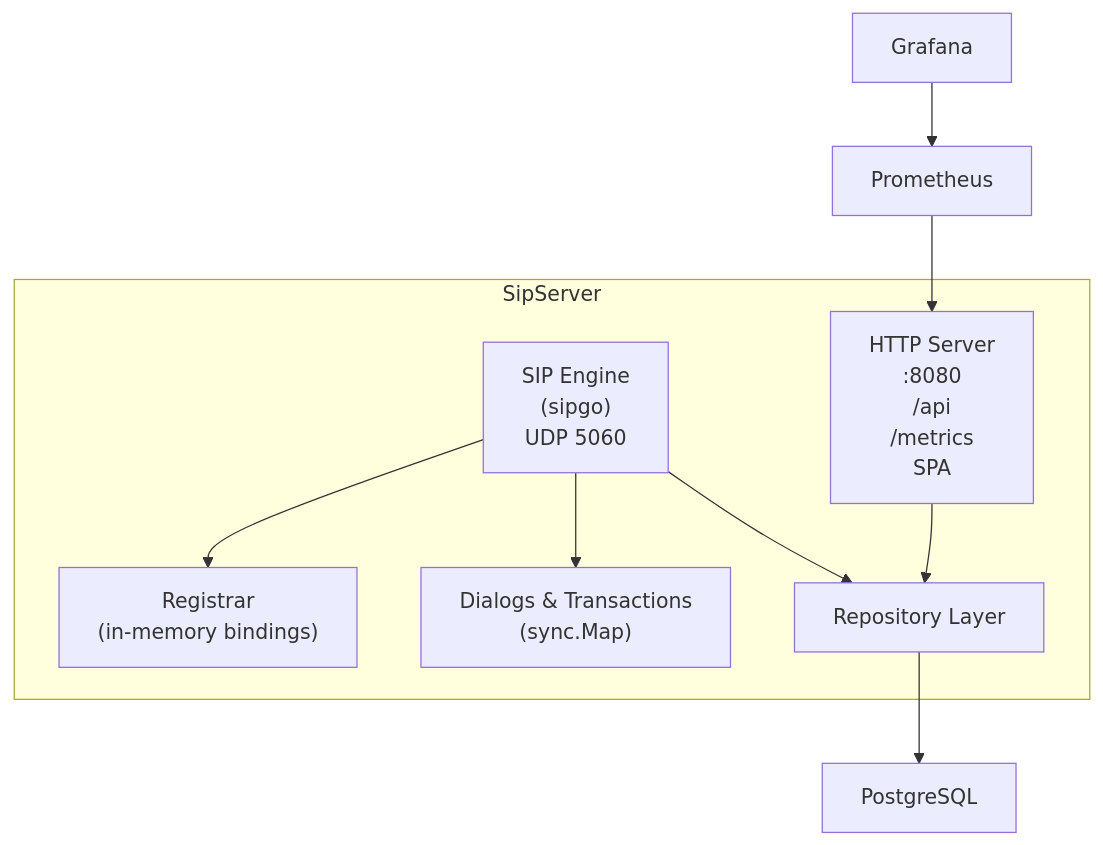
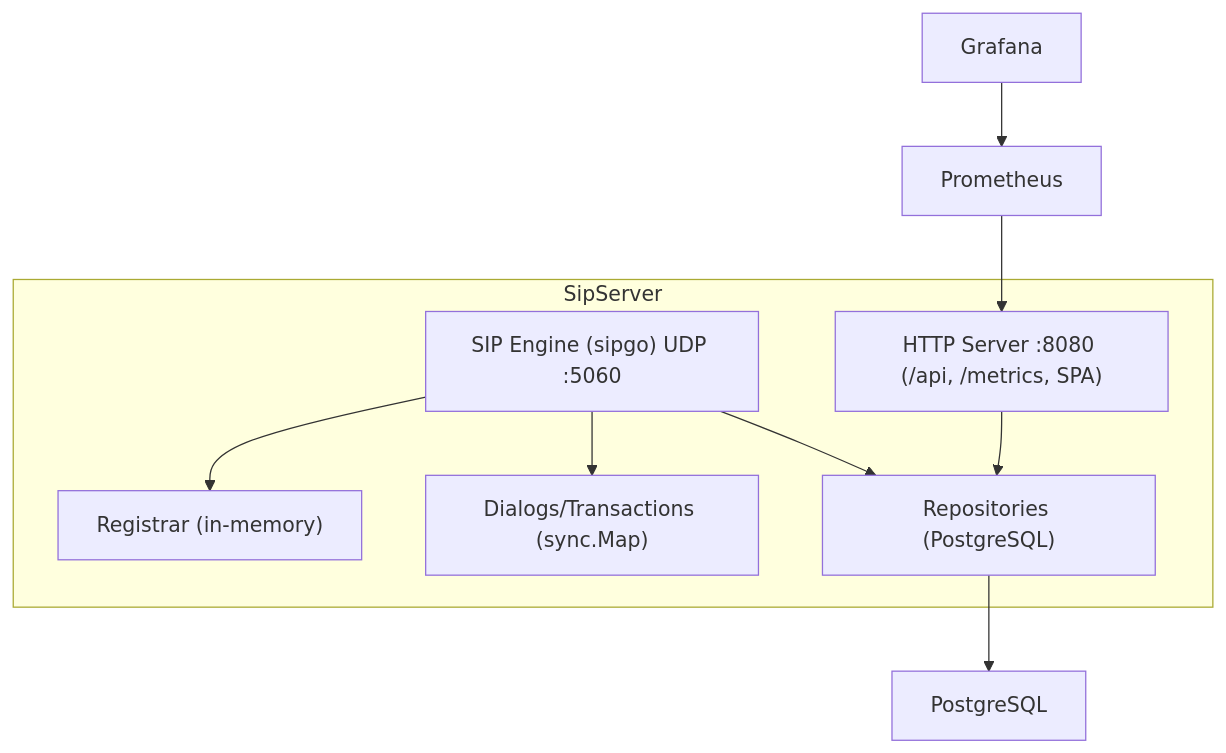
One commit to usernaimandrey/SipServer changed the second of 5 diagrams in README.md. Above: the diagram before and after it, drawn with Mermaid. The commit also changed other lines of this file, not shown here.

````diff
--- a/README.md
+++ b/README.md
@@ -62,23 +59,23 @@
 ```mermaid
 flowchart TB
-  subgraph SipServer
-    SIP["SIP Engine\n(sipgo)\nUDP 5060"]
-    HTTP["HTTP Server\n:8080\n/api\n/metrics\nSPA"]
-    REG["Registrar\n(in-memory bindings)"]
-    DLG["Dialogs & Transactions\n(sync.Map)"]
-    DBLayer["Repository Layer"]
+  subgraph App["SipServer"]
+    SIP["SIP Engine (sipgo) UDP :5060"]
+    HTTP["HTTP Server :8080 (/api, /metrics, SPA)"]
+    REG["Registrar (in-memory)"]
+    STATE["Dialogs/Transactions (sync.Map)"]
+    REPO["Repositories (PostgreSQL)"]
   end
 
-  Postgres["PostgreSQL"]
+  DB["PostgreSQL"]
   Prom["Prometheus"]
   Graf["Grafana"]
 
   SIP --> REG
-  SIP --> DLG
-  SIP --> DBLayer
-  HTTP --> DBLayer
+  SIP --> STATE
+  SIP --> REPO
+  HTTP --> REPO
 
-  DBLayer --> Postgres
+  REPO --> DB
   Prom --> HTTP
   Graf --> Prom
 ```
````
